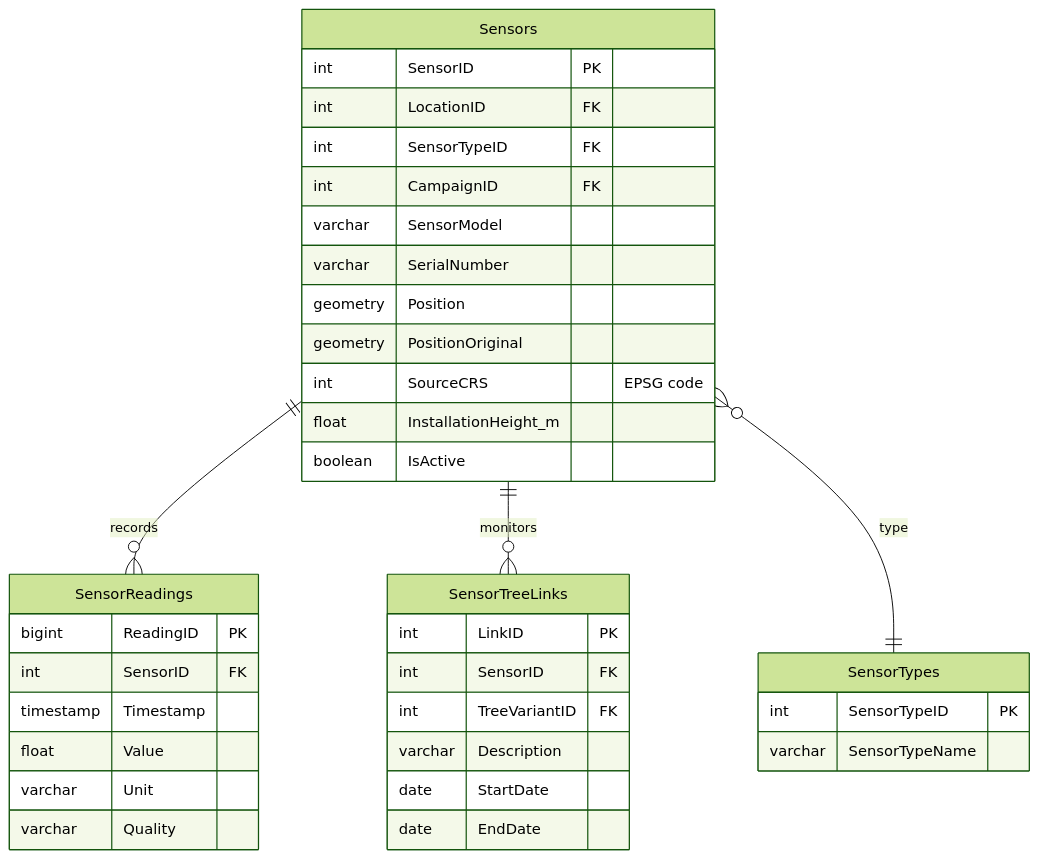
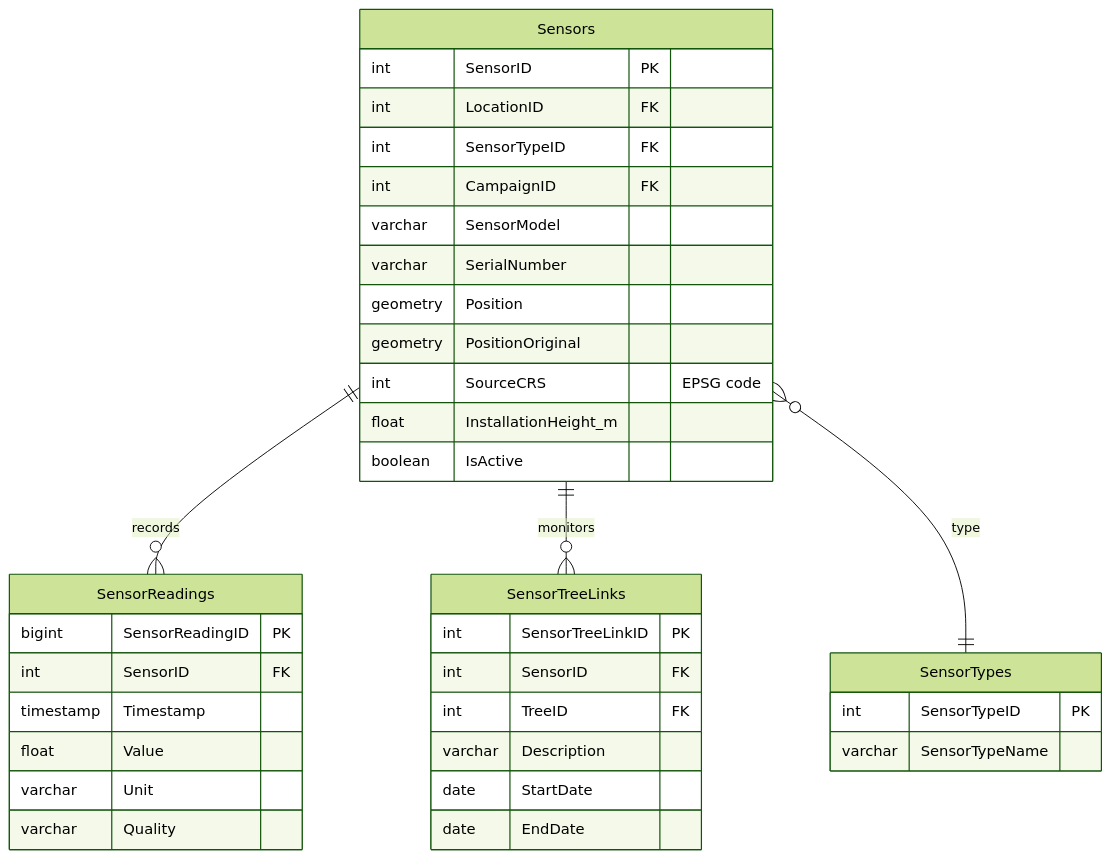
The third of 7 diagrams in docs/database-overview.md (XRFutureForests/digital-twin-db), drawn with Mermaid (forest theme) before and after one commit. The commit also changed other lines of this file and 27 other files, not shown here.

````diff
--- a/docs/database-overview.md
+++ b/docs/database-overview.md
@@ -346,43 +347,43 @@
 ```mermaid
 erDiagram
     Sensors {
         int SensorID PK
         int LocationID FK
         int SensorTypeID FK
         int CampaignID FK
         varchar SensorModel
         varchar SerialNumber
         geometry Position
         geometry PositionOriginal
         int SourceCRS "EPSG code"
         float InstallationHeight_m
         boolean IsActive
     }
 
     SensorReadings {
-        bigint ReadingID PK
+        bigint SensorReadingID PK
         int SensorID FK
         timestamp Timestamp
         float Value
         varchar Unit
         varchar Quality
     }
 
     SensorTreeLinks {
-        int LinkID PK
+        int SensorTreeLinkID PK
         int SensorID FK
-        int TreeVariantID FK
+        int TreeID FK
         varchar Description
         date StartDate
         date EndDate
     }
 
     SensorTypes {
         int SensorTypeID PK
         varchar SensorTypeName
     }
 
     Sensors ||--o{ SensorReadings : "records"
     Sensors ||--o{ SensorTreeLinks : "monitors"
     Sensors }o--|| SensorTypes : "type"
 ```
````
